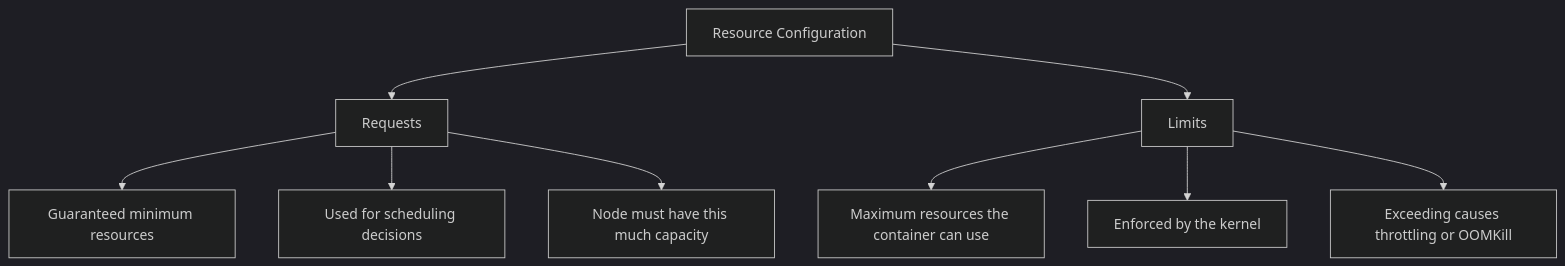
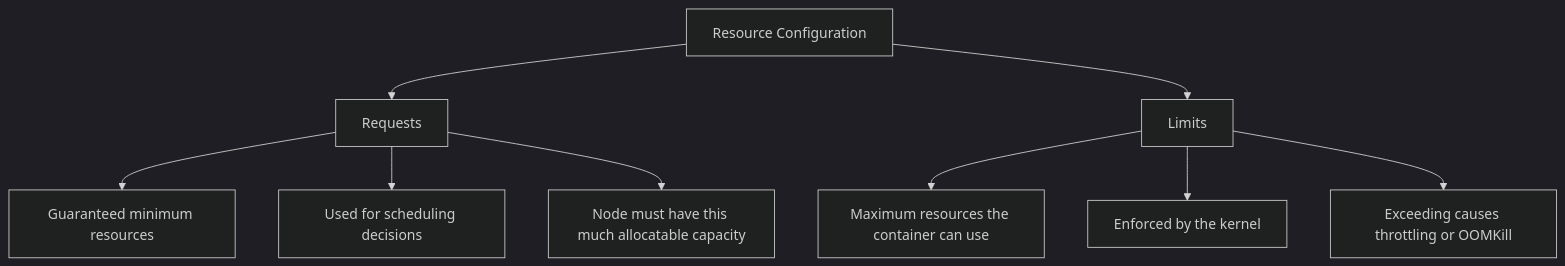
Before and after one commit to OneUptime/blog: the first of 4 diagrams in posts/2026-02-20-kubernetes-resource-requests-limits/README.md, drawn with Mermaid (dark theme). The commit also changed other lines of this file and 2 other files, not shown here.

````diff
--- a/posts/2026-02-20-kubernetes-resource-requests-limits/README.md
+++ b/posts/2026-02-20-kubernetes-resource-requests-limits/README.md
@@ -15,11 +15,11 @@
 ```mermaid
 flowchart TD
     A[Resource Configuration] --> B[Requests]
     A --> C[Limits]
     B --> B1[Guaranteed minimum resources]
     B --> B2[Used for scheduling decisions]
-    B --> B3[Node must have this much capacity]
+    B --> B3[Node must have this much allocatable capacity]
     C --> C1[Maximum resources the container can use]
     C --> C2[Enforced by the kernel]
     C --> C3[Exceeding causes throttling or OOMKill]
 ```
````
